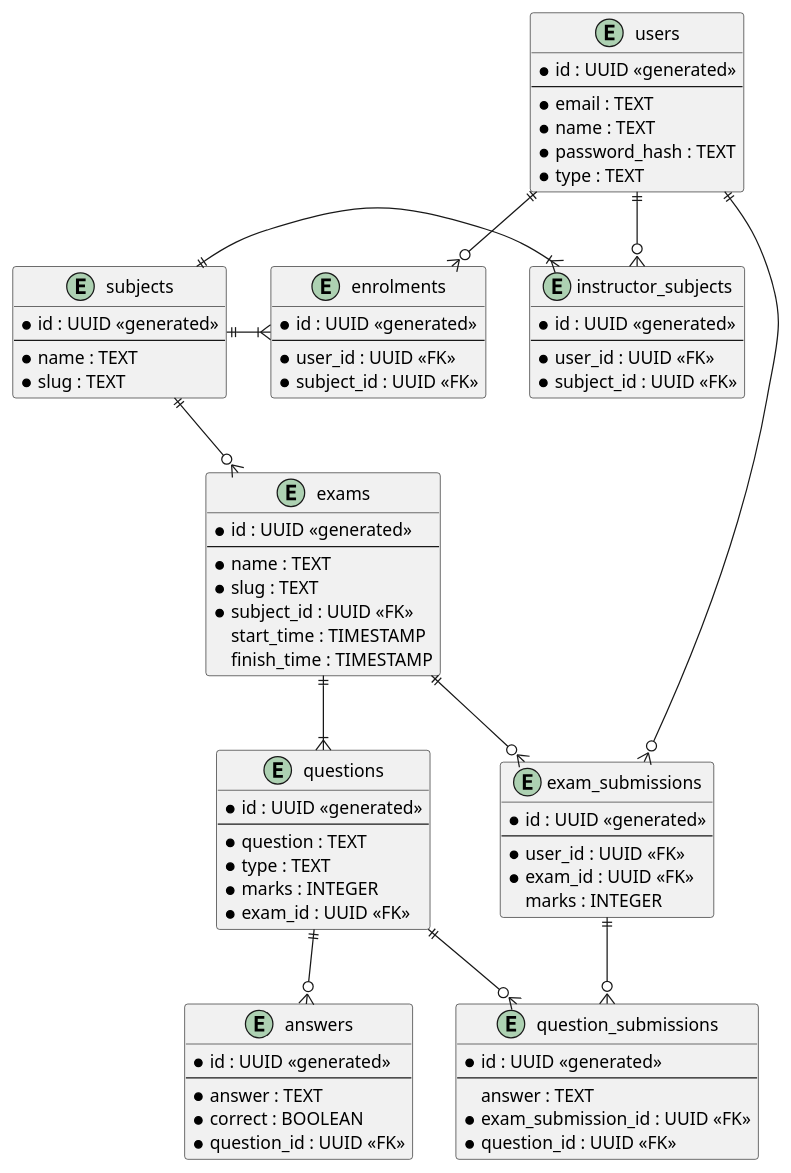
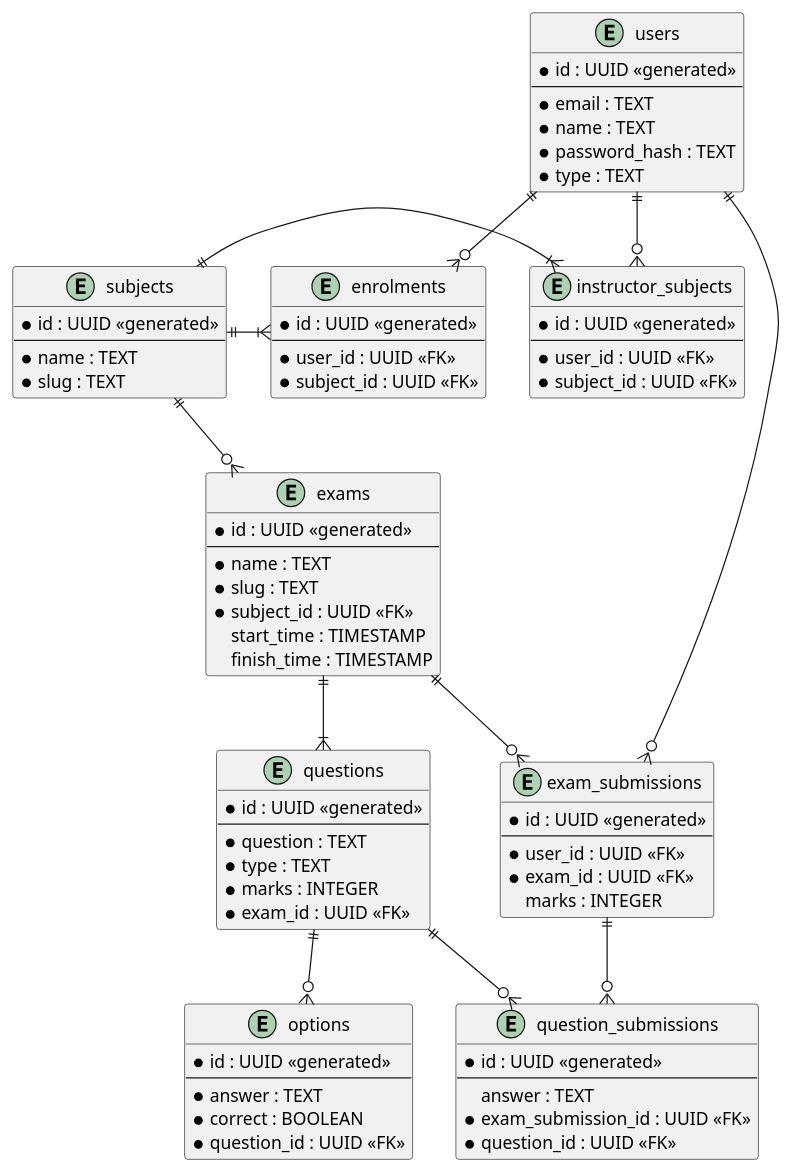
The diagram in docs/diagrams/er.puml (omjadas/ekzameno), drawn with PlantUML before and after one commit. The commit also changed 8 other files, not shown here.

Commit message:
refactor: rename answers to options

```diff
--- a/docs/diagrams/er.puml
+++ b/docs/diagrams/er.puml
@@ -1,90 +1,90 @@
 @startuml ER Diagram
 
 entity users {
     * id : UUID <<generated>>
     --
     * email : TEXT
     * name : TEXT
     * password_hash : TEXT
     * type : TEXT
 }
 
 entity subjects {
     * id : UUID <<generated>>
     --
     * name : TEXT
     * slug : TEXT
 }
 
 entity exams {
     * id : UUID <<generated>>
     --
     * name : TEXT
     * slug : TEXT
     * subject_id : UUID <<FK>>
     start_time : TIMESTAMP
     finish_time : TIMESTAMP
 }
 
 entity questions {
     * id : UUID <<generated>>
     --
     * question : TEXT
     * type : TEXT
     * marks : INTEGER
     * exam_id : UUID <<FK>>
 }
 
-entity answers {
+entity options {
     * id : UUID <<generated>>
     --
     * answer : TEXT
     * correct : BOOLEAN
     * question_id : UUID <<FK>>
 }
 
 entity exam_submissions {
     * id : UUID <<generated>>
     --
     * user_id : UUID <<FK>>
     * exam_id : UUID <<FK>>
     marks : INTEGER
 }
 
 entity question_submissions {
     * id : UUID <<generated>>
     --
     answer : TEXT
     * exam_submission_id : UUID <<FK>>
     * question_id : UUID <<FK>>
 }
 
 entity instructor_subjects {
     * id : UUID <<generated>>
     --
     * user_id : UUID <<FK>>
     * subject_id : UUID <<FK>>
 }
 
 entity enrolments {
     * id : UUID <<generated>>
     --
     * user_id : UUID <<FK>>
     * subject_id : UUID <<FK>>
 }
 
 subjects ||--o{ exams
 exams ||--|{ questions
 users ||--o{ exam_submissions
 exams ||--o{ exam_submissions
 exam_submissions ||--o{ question_submissions
 questions ||--o{ question_submissions
-questions ||--o{ answers
+questions ||--o{ options
 
 users ||--o{ instructor_subjects
 users ||--o{ enrolments
 
 subjects ||-|{ instructor_subjects
 subjects ||-|{ enrolments
 
 @enduml
```
